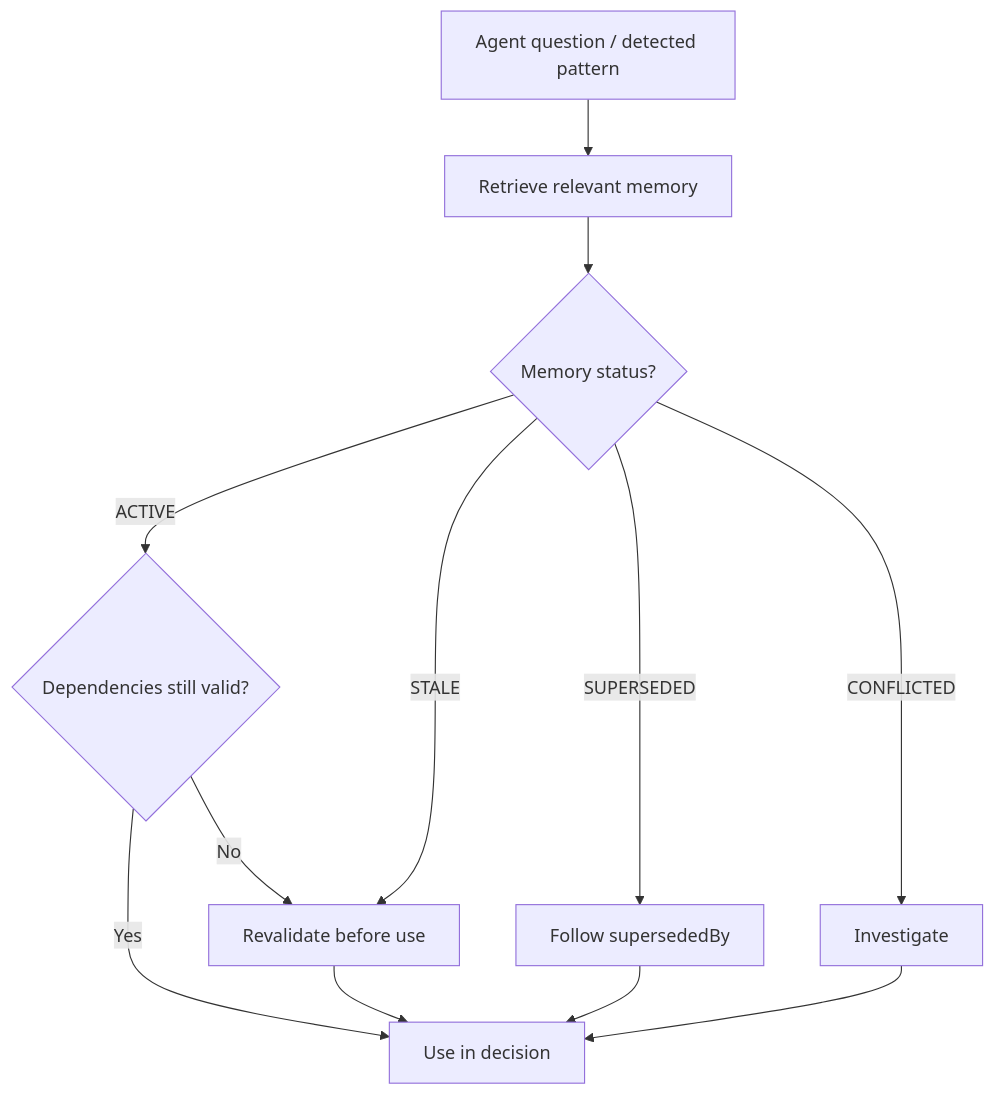
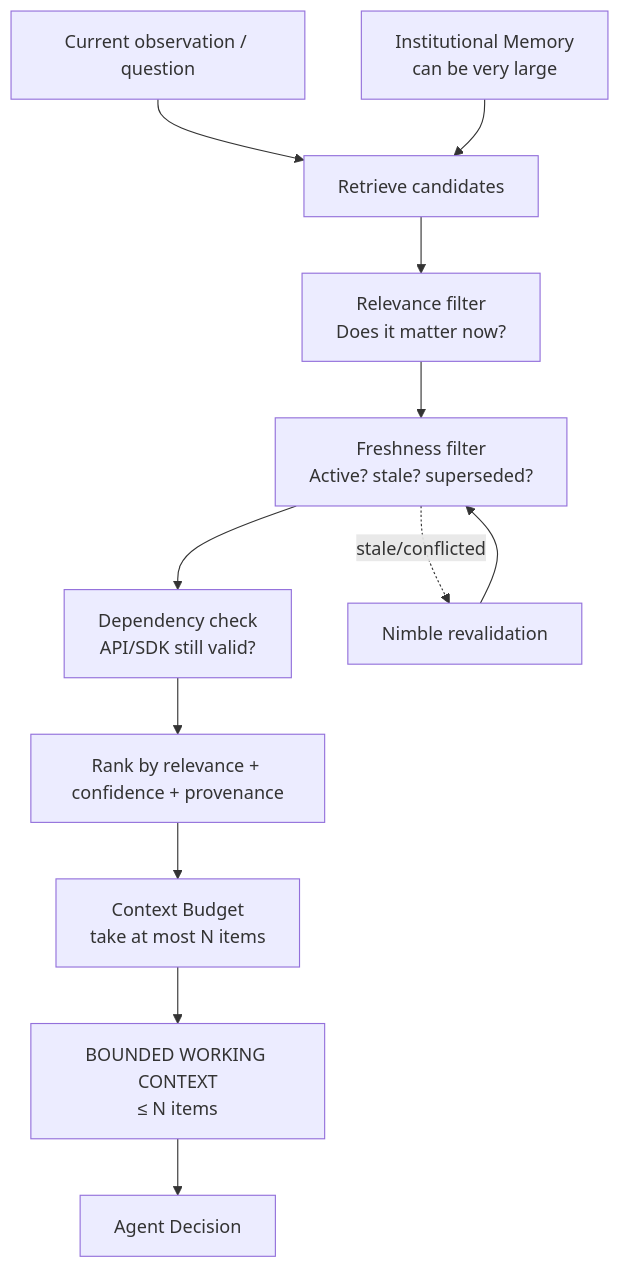
Before and after one commit to arushivashist/horizon-hack: the eighth of 12 diagrams in docs/interactive-memory-architecture.md, drawn with Mermaid. The commit also changed other lines of this file, not shown here.

Commit message:
Clarify full flow, institutional memory and bounded context

````diff
--- a/docs/interactive-memory-architecture.md
+++ b/docs/interactive-memory-architecture.md
@@ -240,14 +346,15 @@
 ```mermaid
 flowchart TD
-    Q["Agent question / detected pattern"] --> RET["Retrieve relevant memory"]
-    RET --> STATUS{"Memory status?"}
-    STATUS -- ACTIVE --> DEP{"Dependencies still valid?"}
-    STATUS -- STALE --> VALID["Revalidate before use"]
-    STATUS -- SUPERSEDED --> NEW["Follow supersededBy"]
-    STATUS -- CONFLICTED --> INVEST["Investigate"]
-    DEP -- Yes --> USE["Use in decision"]
-    DEP -- No --> VALID
-    VALID --> USE
-    NEW --> USE
-    INVEST --> USE
+    Q["Current observation / question"] --> RET["Retrieve candidates"]
+    MEM["Institutional Memory<br/>can be very large"] --> RET
+    RET --> REL["Relevance filter<br/>Does it matter now?"]
+    REL --> STATUS["Freshness filter<br/>Active? stale? superseded?"]
+    STATUS --> DEP["Dependency check<br/>API/SDK still valid?"]
+    DEP --> RANK["Rank by relevance + confidence + provenance"]
+    RANK --> BUD["Context Budget<br/>take at most N items"]
+    BUD --> CTX["BOUNDED WORKING CONTEXT<br/>≤ N items"]
+    CTX --> DEC["Agent Decision"]
+
+    STATUS -. "stale/conflicted" .-> NIM["Nimble revalidation"]
+    NIM --> STATUS
 ```
````
